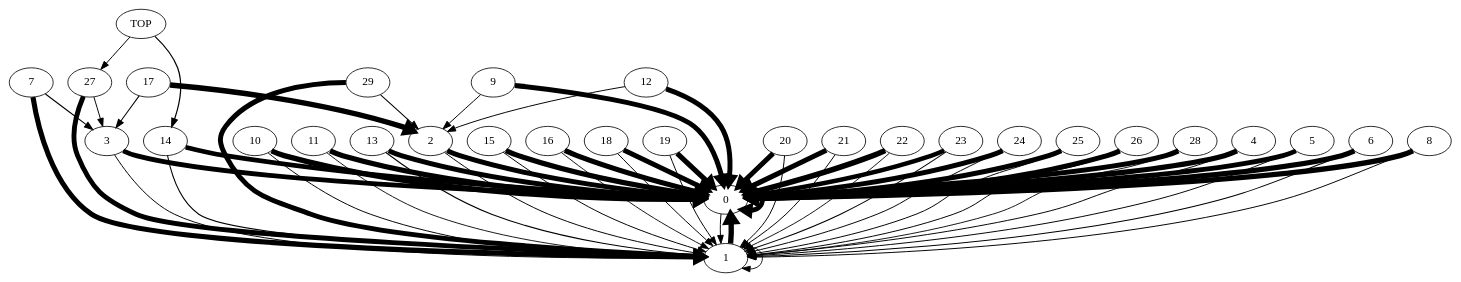
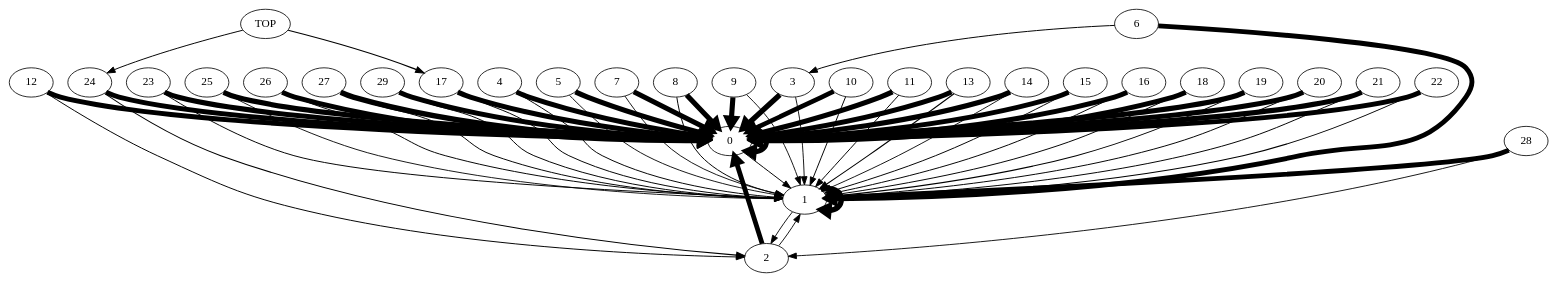
One commit to LostBitset/quiver_se changed the diagram in quiver-gviz/reprdigraph.dot. Above: the diagram before and after it, drawn with Graphviz. The commit also changed 6 other files, not shown here.

```diff
--- a/quiver-gviz/reprdigraph.dot
+++ b/quiver-gviz/reprdigraph.dot
@@ -1,97 +1,97 @@
 digraph  {
 	
 	n2[label="0"];
 	n3[label="1"];
-	n16[label="10"];
-	n1[label="11"];
-	n25[label="12"];
-	n31[label="13"];
-	n7[label="14"];
-	n9[label="15"];
-	n30[label="16"];
-	n14[label="17"];
-	n22[label="18"];
-	n26[label="19"];
-	n4[label="2"];
-	n27[label="20"];
-	n12[label="21"];
-	n29[label="22"];
-	n28[label="23"];
-	n18[label="24"];
-	n23[label="25"];
-	n24[label="26"];
-	n8[label="27"];
-	n10[label="28"];
-	n11[label="29"];
-	n15[label="3"];
-	n17[label="4"];
-	n13[label="5"];
-	n20[label="6"];
-	n19[label="7"];
-	n21[label="8"];
-	n5[label="9"];
-	n6[label="TOP"];
+	n25[label="10"];
+	n7[label="11"];
+	n12[label="12"];
+	n28[label="13"];
+	n18[label="14"];
+	n31[label="15"];
+	n15[label="16"];
+	n22[label="17"];
+	n10[label="18"];
+	n19[label="19"];
+	n13[label="2"];
+	n14[label="20"];
+	n8[label="21"];
+	n23[label="22"];
+	n26[label="23"];
+	n21[label="24"];
+	n17[label="25"];
+	n11[label="26"];
+	n1[label="27"];
+	n30[label="28"];
+	n20[label="29"];
+	n6[label="3"];
+	n27[label="4"];
+	n5[label="5"];
+	n9[label="6"];
+	n4[label="7"];
+	n24[label="8"];
+	n16[label="9"];
+	n29[label="TOP"];
 	n2->n3[penwidth="1.2"];
-	n2->n2[penwidth="6"];
-	n3->n2[penwidth="6.6000000000000005"];
-	n3->n3[penwidth="1.1"];
-	n16->n2[penwidth="6.6000000000000005"];
-	n16->n3[penwidth="1.2"];
-	n1->n2[penwidth="6.4"];
-	n1->n3[penwidth="1.1"];
-	n25->n4[penwidth="1.2"];
-	n25->n2[penwidth="6.1000000000000005"];
-	n31->n2[penwidth="6.1000000000000005"];
-	n31->n3[penwidth="1.3"];
-	n7->n3[penwidth="1.3"];
-	n7->n2[penwidth="5.800000000000001"];
-	n9->n3[penwidth="1.2"];
-	n9->n2[penwidth="6.300000000000001"];
-	n30->n2[penwidth="6.5"];
-	n30->n3[penwidth="1.1"];
-	n14->n15[penwidth="1.3"];
-	n14->n4[penwidth="6.6000000000000005"];
+	n2->n2[penwidth="6.300000000000001"];
+	n3->n3[penwidth="6.6000000000000005"];
+	n3->n13[penwidth="1.1"];
+	n25->n3[penwidth="1.2"];
+	n25->n2[penwidth="5.7"];
+	n7->n3[penwidth="1.2"];
+	n7->n2[penwidth="6.4"];
+	n12->n2[penwidth="6.1000000000000005"];
+	n12->n13[penwidth="1.2"];
+	n28->n3[penwidth="1.3"];
+	n28->n2[penwidth="6.1000000000000005"];
+	n18->n3[penwidth="1.1"];
+	n18->n2[penwidth="6.4"];
+	n31->n2[penwidth="5.9"];
+	n31->n3[penwidth="1.2"];
+	n15->n2[penwidth="6.300000000000001"];
+	n15->n3[penwidth="1.2"];
 	n22->n3[penwidth="1.2"];
-	n22->n2[penwidth="6.1000000000000005"];
+	n22->n2[penwidth="6.300000000000001"];
+	n10->n2[penwidth="6"];
+	n10->n3[penwidth="1.2"];
+	n19->n2[penwidth="6.300000000000001"];
+	n19->n3[penwidth="1.3"];
+	n13->n3[penwidth="1.1"];
+	n13->n2[penwidth="5.9"];
+	n14->n3[penwidth="1.2"];
+	n14->n2[penwidth="6.300000000000001"];
+	n8->n3[penwidth="1.2"];
+	n8->n2[penwidth="6.300000000000001"];
+	n23->n2[penwidth="6.1000000000000005"];
+	n23->n3[penwidth="1.3"];
 	n26->n3[penwidth="1.2"];
-	n26->n2[penwidth="6.4"];
-	n4->n2[penwidth="6"];
-	n4->n3[penwidth="1.2"];
+	n26->n2[penwidth="6.300000000000001"];
+	n21->n13[penwidth="1.3"];
+	n21->n2[penwidth="6.1000000000000005"];
+	n17->n3[penwidth="1.1"];
+	n17->n2[penwidth="6.300000000000001"];
+	n11->n2[penwidth="6"];
+	n11->n3[penwidth="1.2"];
+	n1->n3[penwidth="1.2"];
+	n1->n2[penwidth="6.6000000000000005"];
+	n30->n13[penwidth="1.1"];
+	n30->n3[penwidth="6"];
+	n20->n2[penwidth="6.1000000000000005"];
+	n20->n3[penwidth="1.2"];
+	n6->n3[penwidth="1.1"];
+	n6->n2[penwidth="6.5"];
 	n27->n3[penwidth="1.2"];
 	n27->n2[penwidth="6.1000000000000005"];
-	n12->n2[penwidth="6.300000000000001"];
-	n12->n3[penwidth="1.2"];
-	n29->n3[penwidth="1.1"];
-	n29->n2[penwidth="6.7"];
-	n28->n2[penwidth="5.5"];
-	n28->n3[penwidth="1.3"];
-	n18->n2[penwidth="6"];
-	n18->n3[penwidth="1.2"];
-	n23->n2[penwidth="6.300000000000001"];
-	n23->n3[penwidth="1.2"];
+	n5->n2[penwidth="6.4"];
+	n5->n3[penwidth="1.1"];
+	n9->n3[penwidth="6"];
+	n9->n6[penwidth="1.2"];
+	n4->n3[penwidth="1.1"];
+	n4->n2[penwidth="6.300000000000001"];
+	n24->n2[penwidth="6.300000000000001"];
 	n24->n3[penwidth="1.2"];
-	n24->n2[penwidth="6.2"];
-	n8->n3[penwidth="6"];
-	n8->n15[penwidth="1.2"];
-	n10->n2[penwidth="6.300000000000001"];
-	n10->n3[penwidth="1.1"];
-	n11->n4[penwidth="1.3"];
-	n11->n3[penwidth="6.1000000000000005"];
-	n15->n2[penwidth="5.9"];
-	n15->n3[penwidth="1.2"];
-	n17->n3[penwidth="1.2"];
-	n17->n2[penwidth="6.4"];
-	n13->n2[penwidth="5.800000000000001"];
-	n13->n3[penwidth="1.2"];
-	n20->n3[penwidth="1.3"];
-	n20->n2[penwidth="6.300000000000001"];
-	n19->n15[penwidth="1.3"];
-	n19->n3[penwidth="6.300000000000001"];
-	n21->n3[penwidth="1.2"];
-	n21->n2[penwidth="6.5"];
-	n5->n4[penwidth="1.2"];
-	n5->n2[penwidth="6.2"];
-	n6->n7[penwidth="1.5"];
-	n6->n8[penwidth="1.2"];
+	n16->n2[penwidth="6.300000000000001"];
+	n16->n3[penwidth="1.1"];
+	n29->n22[penwidth="1.5"];
+	n29->n21[penwidth="1.2"];
 	
 }
```
